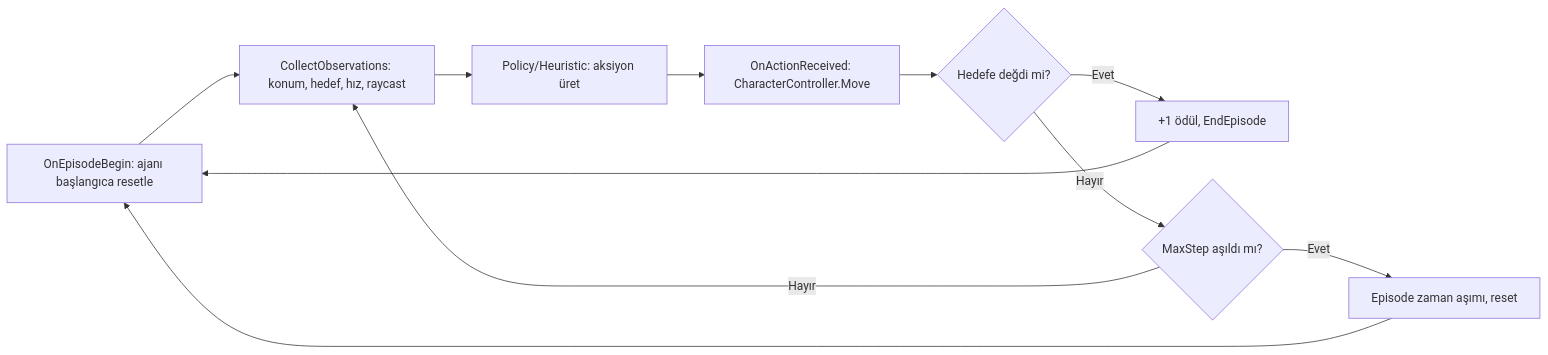
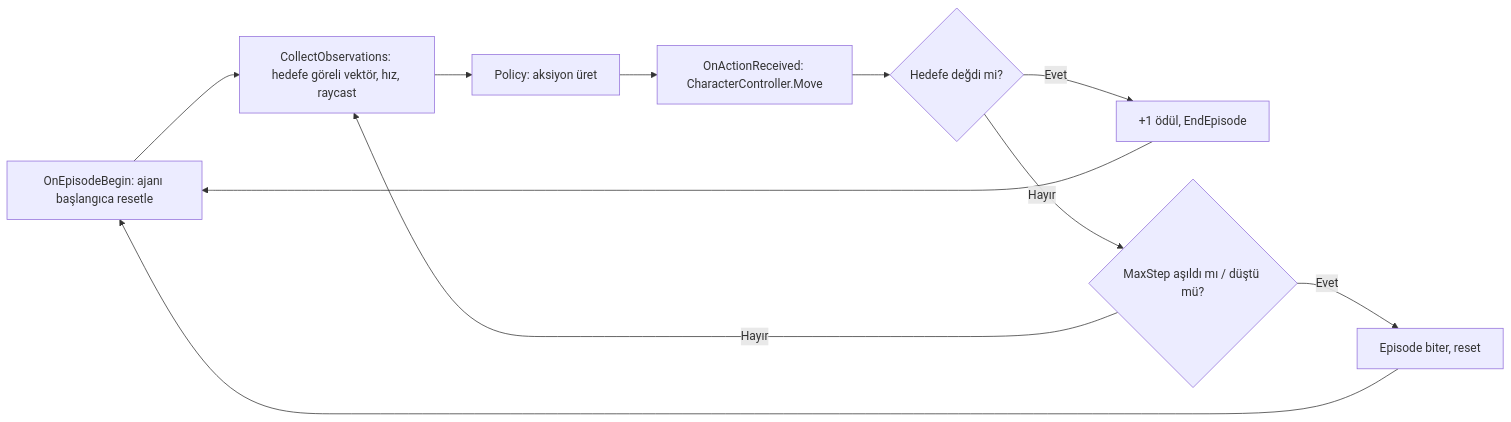
The first of 2 diagrams in README.md (ArasAkbulut/yazlab-macera-oyunu), drawn with Mermaid before and after one commit. The commit also changed other lines of this file and 15 other files, not shown here.

````diff
--- a/README.md
+++ b/README.md
@@ -36,13 +74,13 @@
 ```mermaid
 flowchart LR
-    A[OnEpisodeBegin: ajanı başlangıca resetle] --> B[CollectObservations: konum, hedef, hız, raycast]
-    B --> C[Policy/Heuristic: aksiyon üret]
+    A[OnEpisodeBegin: ajanı başlangıca resetle] --> B[CollectObservations: hedefe göreli vektör, hız, raycast]
+    B --> C[Policy: aksiyon üret]
     C --> D[OnActionReceived: CharacterController.Move]
     D --> E{Hedefe değdi mi?}
     E -- Evet --> F[+1 ödül, EndEpisode]
-    E -- Hayır --> G{MaxStep aşıldı mı?}
-    G -- Evet --> H[Episode zaman aşımı, reset]
+    E -- Hayır --> G{MaxStep aşıldı mı / düştü mü?}
+    G -- Evet --> H[Episode biter, reset]
     G -- Hayır --> B
     F --> A
     H --> A
 ```
````
